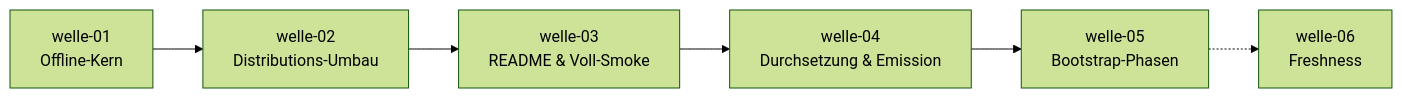
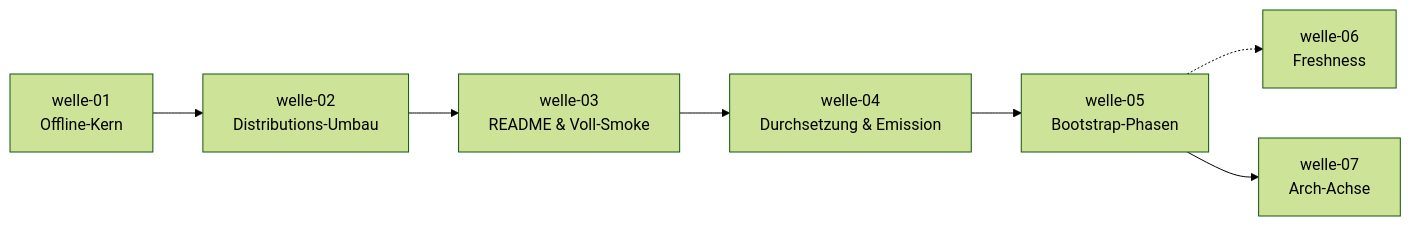
One commit to pt9912/ai-harness-init changed the diagram in docs/plan/planning/in-progress/roadmap.md. Above: the diagram before and after it, drawn with Mermaid (forest theme). The commit also changed other lines of this file and 2 other files, not shown here.

First line of the commit message:
plan: welle-07-arch-achse angelegt (--arch, ADR-0008-Umsetzung)

````diff
--- a/docs/plan/planning/in-progress/roadmap.md
+++ b/docs/plan/planning/in-progress/roadmap.md
@@ -45,11 +46,13 @@
 ```mermaid
 flowchart LR
     W1[welle-01<br/>Offline-Kern]
     W2[welle-02<br/>Distributions-Umbau]
     W3[welle-03<br/>README & Voll-Smoke]
     W4[welle-04<br/>Durchsetzung & Emission]
     W5[welle-05<br/>Bootstrap-Phasen]
     W6[welle-06<br/>Freshness]
+    W7[welle-07<br/>Arch-Achse]
     W1 --> W2 --> W3 --> W4 --> W5
     W5 -.-> W6
+    W5 --> W7
 ```
````
